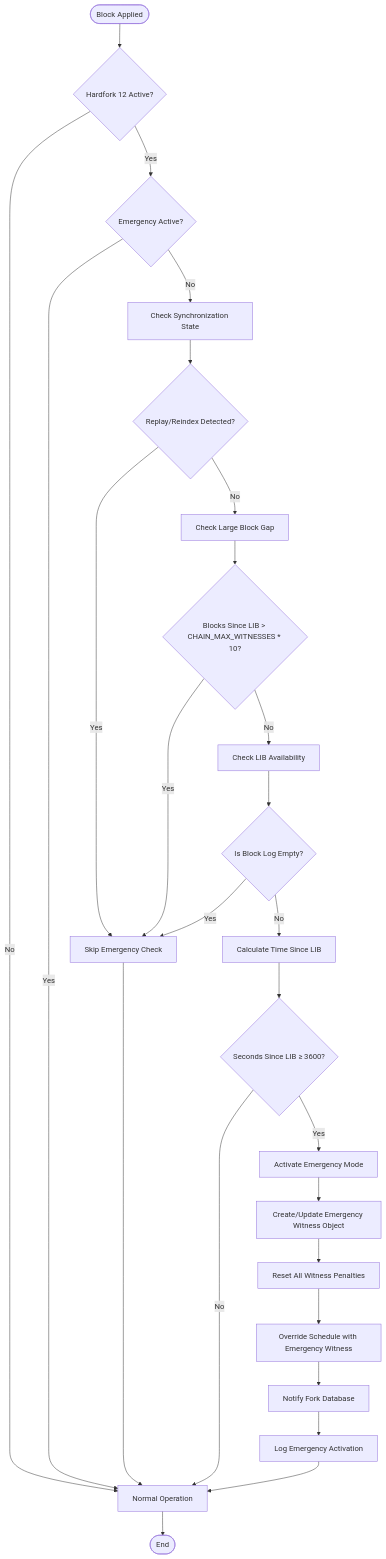
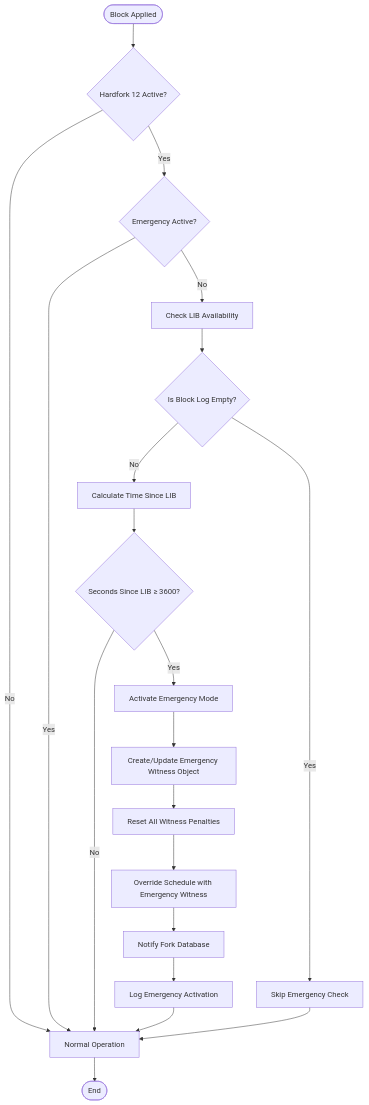
The third of 9 diagrams in .qoder/repowiki/en/content/Core Libraries/Emergency Consensus System.md (VIZ-Blockchain/viz-cpp-node), drawn with Mermaid before and after one commit. The commit also changed other lines of this file and 7 other files, not shown here.

First line of the commit message:
feat(dlt_block_log): enhance Windows compatibility and automatic gap recovery

````diff
--- a/.qoder/repowiki/en/content/Core Libraries/Emergency Consensus System.md
+++ b/.qoder/repowiki/en/content/Core Libraries/Emergency Consensus System.md
@@ -186,28 +190,22 @@
 ```mermaid
 flowchart TD
 Start([Block Applied]) --> CheckHF{"Hardfork 12 Active?"}
 CheckHF --> |No| Normal[Normal Operation]
 CheckHF --> |Yes| CheckActive{"Emergency Active?"}
 CheckActive --> |Yes| Normal
-CheckActive --> |No| CheckSync["Check Synchronization State"]
-CheckSync --> CheckReplay{"Replay/Reindex Detected?"}
-CheckReplay --> |Yes| SkipCheck["Skip Emergency Check"]
-CheckReplay --> |No| CheckGap["Check Large Block Gap"]
-CheckGap --> CheckGapLarge{"Blocks Since LIB > CHAIN_MAX_WITNESSES * 10?"}
-CheckGapLarge --> |Yes| SkipCheck
-CheckGapLarge --> |No| CheckLIB["Check LIB Availability"]
+CheckActive --> |No| CheckLIB["Check LIB Availability"]
 CheckLIB --> CheckEmpty{"Is Block Log Empty?"}
-CheckEmpty --> |Yes| SkipCheck
+CheckEmpty --> |Yes| SkipCheck["Skip Emergency Check"]
 CheckEmpty --> |No| CalcTime["Calculate Time Since LIB"]
 CalcTime --> CheckTimeout{"Seconds Since LIB ≥ 3600?"}
 CheckTimeout --> |No| Normal
 CheckTimeout --> |Yes| Activate["Activate Emergency Mode"]
 Activate --> CreateWitness["Create/Update Emergency Witness Object"]
 CreateWitness --> ResetPenalties["Reset All Witness Penalties"]
 ResetPenalties --> OverrideSchedule["Override Schedule with Emergency Witness"]
 OverrideSchedule --> NotifyFork["Notify Fork Database"]
 NotifyFork --> LogEvent["Log Emergency Activation"]
 LogEvent --> Normal
 SkipCheck --> Normal
 Normal --> End([End])
 ```
````
